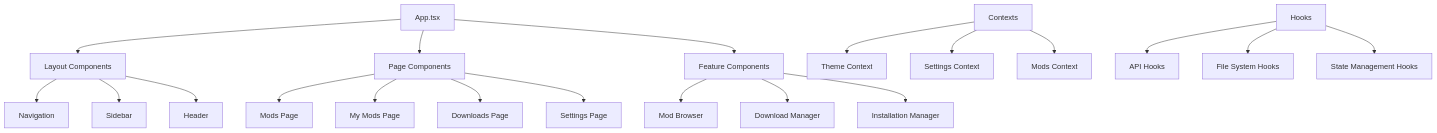
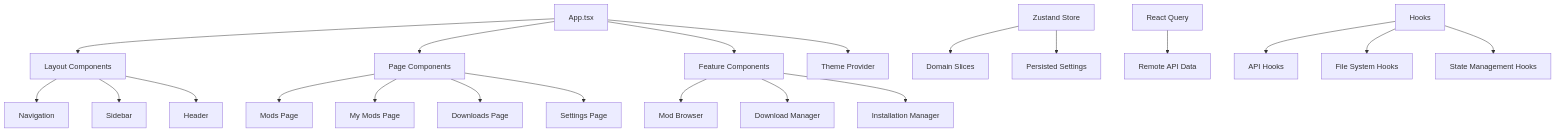
The second of 6 diagrams in apps/docs/content/docs/developer-docs/architecture.mdx (deadlock-mod-manager/deadlock-mod-manager), drawn with Mermaid before and after one commit. The commit also changed other lines of this file and 5 other files, not shown here.

````diff
--- a/apps/docs/content/docs/developer-docs/architecture.mdx
+++ b/apps/docs/content/docs/developer-docs/architecture.mdx
@@ -139,27 +139,28 @@
 ```mermaid
 graph TD
     A[App.tsx] --> B[Layout Components]
     A --> C[Page Components]
     A --> D[Feature Components]
 
     B --> E[Navigation]
     B --> F[Sidebar]
     B --> G[Header]
 
     C --> H[Mods Page]
     C --> I[My Mods Page]
     C --> J[Downloads Page]
     C --> K[Settings Page]
 
     D --> L[Mod Browser]
     D --> M[Download Manager]
     D --> N[Installation Manager]
 
-    O[Contexts] --> P[Theme Context]
-    O --> Q[Settings Context]
-    O --> R[Mods Context]
+    O[Zustand Store] --> P[Domain Slices]
+    O --> Q[Persisted Settings]
+    R[React Query] --> R1[Remote API Data]
+    A --> T1[Theme Provider]
 
     S[Hooks] --> T[API Hooks]
     S --> U[File System Hooks]
     S --> V[State Management Hooks]
 ```
````
